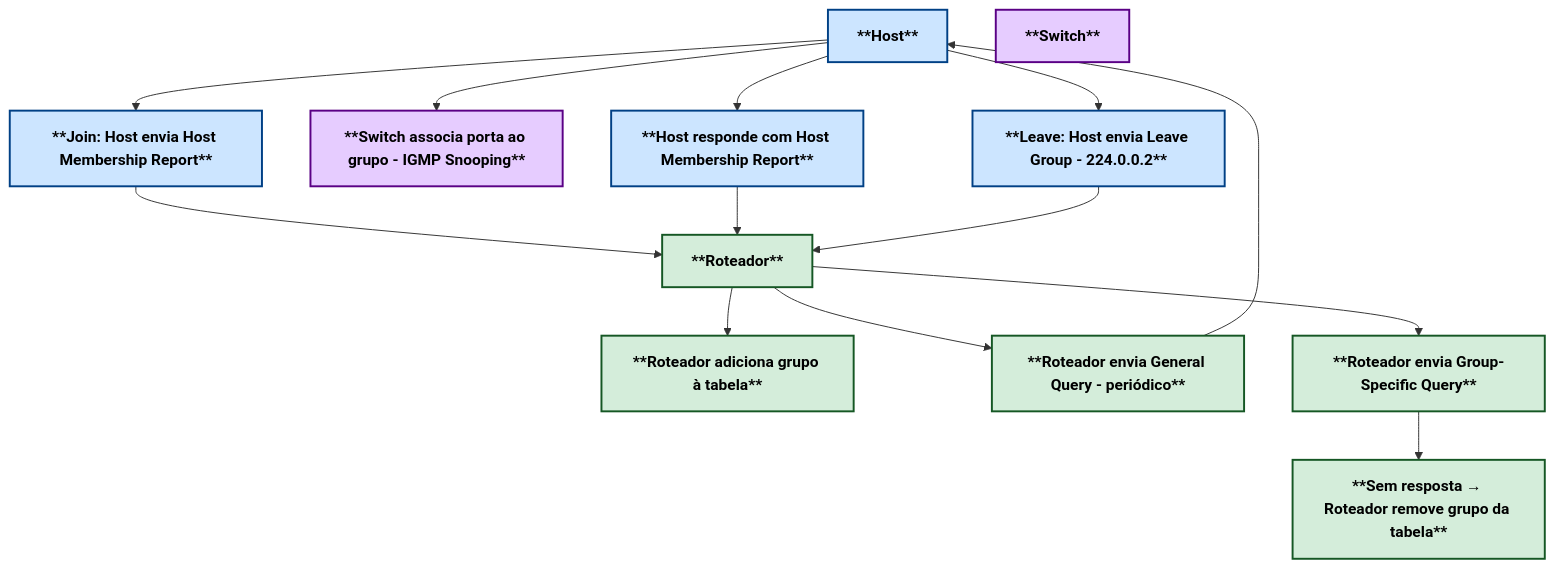
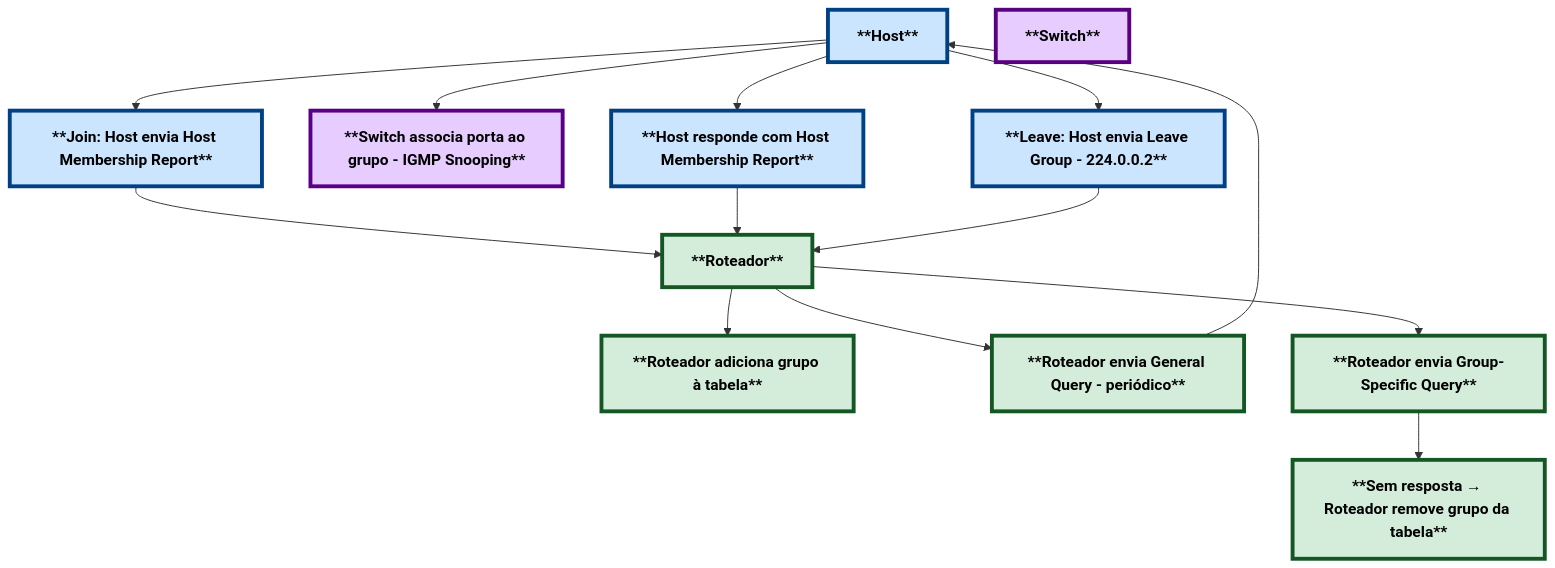
The second of 2 diagrams in CCNP 350-401 ENCOR/03 - Infrastructure/01 - Multicast/02 - IGMP/README.md (alcancil/Cisco), drawn with Mermaid before and after one commit.

Commit message:
Adicionado Simulados 01, 02, 03 e dashboard

````diff
--- a/CCNP 350-401 ENCOR/03 - Infrastructure/01 - Multicast/02 - IGMP/README.md
+++ b/CCNP 350-401 ENCOR/03 - Infrastructure/01 - Multicast/02 - IGMP/README.md
@@ -136,30 +136,30 @@
 ```mermaid
 flowchart TD
 
     %% --- Definição dos nós ---
     H[**Host**]:::host
     S[**Switch**]:::switch
     R[**Roteador**]:::router
 
     J1[**Join: Host envia Host Membership Report**]:::host
     J2[**Roteador adiciona grupo à tabela**]:::router
     J3[**Switch associa porta ao grupo - IGMP Snooping**]:::switch
 
     M1[**Roteador envia General Query - periódico**]:::router
     M2[**Host responde com Host Membership Report**]:::host
 
     L1[**Leave: Host envia Leave Group - 224.0.0.2**]:::host
     L2[**Roteador envia Group-Specific Query**]:::router
     L3[**Sem resposta → Roteador remove grupo da tabela**]:::router
 
     %% --- Conexões ---
     H --> J1 --> R --> J2
     H --> J3
     R --> M1 --> H --> M2 --> R
     H --> L1 --> R --> L2 --> L3
 
     %% --- Estilos ---
-    classDef host fill:#cce5ff,stroke:#004085,stroke-width:2px,color:#000,font-weight:bold;
-    classDef switch fill:#e6ccff,stroke:#5a0085,stroke-width:2px,color:#000,font-weight:bold;
-    classDef router fill:#d4edda,stroke:#155724,stroke-width:2px,color:#000,font-weight:bold;
+    classDef host fill:#cce5ff,stroke:#004085,stroke-width:4px,color:#000,font-weight:bold;
+    classDef switch fill:#e6ccff,stroke:#5a0085,stroke-width:4px,color:#000,font-weight:bold;
+    classDef router fill:#d4edda,stroke:#155724,stroke-width:4px,color:#000,font-weight:bold;
 ```
````
